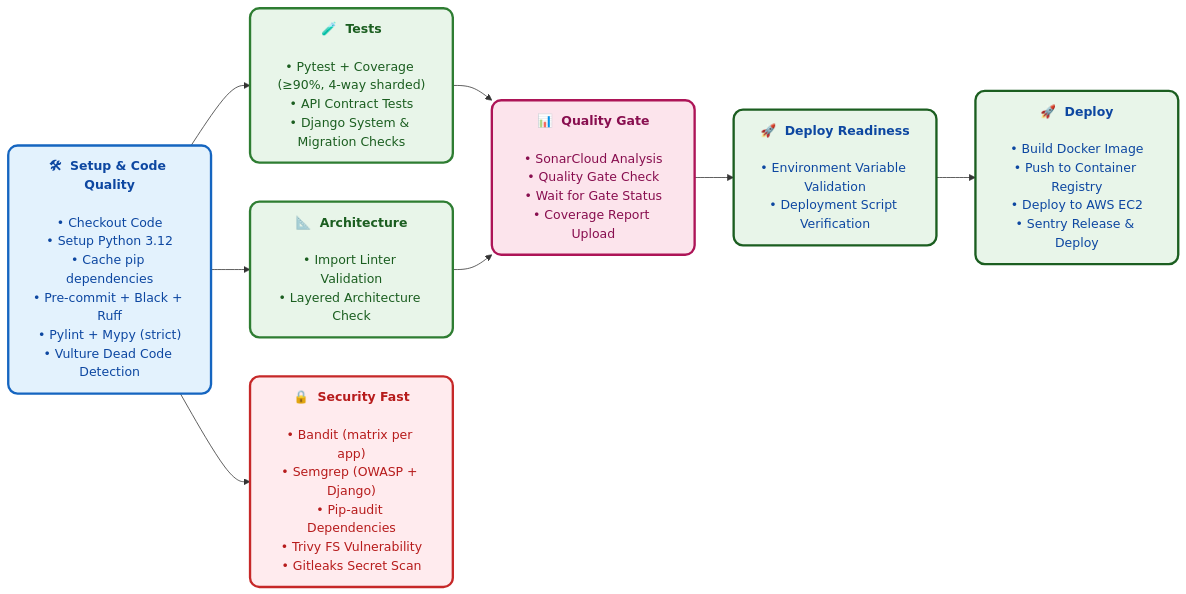
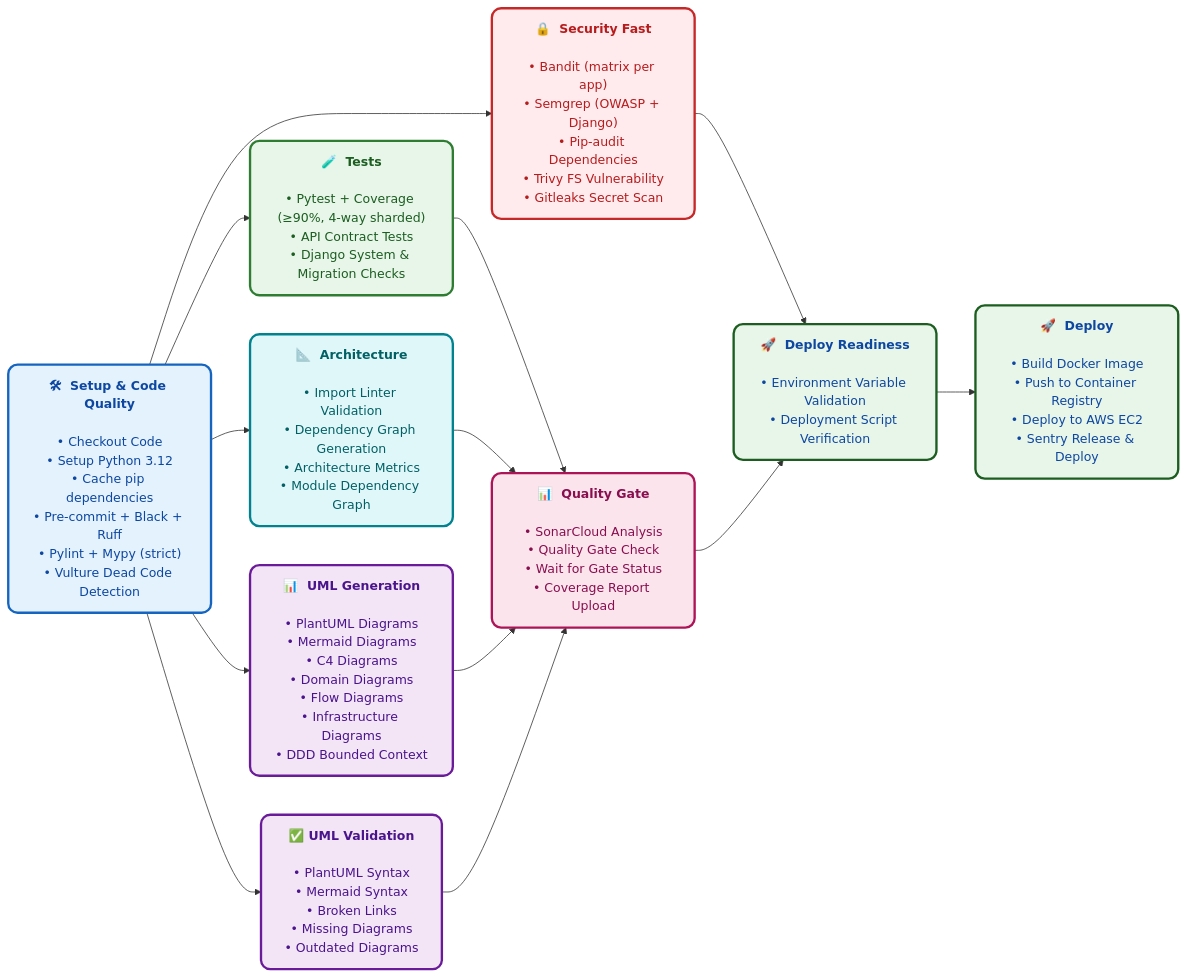
The first of 5 diagrams in docs/ci-cd-pipeline.md (sbairagi/RentSecureBE), drawn with Mermaid before and after one commit. The commit also changed other lines of this file and 63 other files, not shown here.

Commit message:
Feat: add UML diagram in CI pipe line

````diff
--- a/docs/ci-cd-pipeline.md
+++ b/docs/ci-cd-pipeline.md
@@ -11,43 +11,54 @@
 ```mermaid
 flowchart LR
     %% ─── Node Definitions ──────────────────────────────────────────────────────
 
     S1["<b>🛠  Setup & Code Quality</b><br/><br/>• Checkout Code<br/>• Setup Python 3.12<br/>• Cache pip dependencies<br/>• Pre-commit + Black + Ruff<br/>• Pylint + Mypy (strict)<br/>• Vulture Dead Code Detection"]
 
     S2["<b>🧪  Tests</b><br/><br/>• Pytest + Coverage (≥90%, 4-way sharded)<br/>• API Contract Tests<br/>• Django System & Migration Checks"]
 
-    S3["<b>📐  Architecture</b><br/><br/>• Import Linter Validation<br/>• Layered Architecture Check"]
+    S3["<b>📐  Architecture</b><br/><br/>• Import Linter Validation<br/>• Dependency Graph Generation<br/>• Architecture Metrics<br/>• Module Dependency Graph"]
 
-    S4["<b>🔒  Security Fast</b><br/><br/>• Bandit (matrix per app)<br/>• Semgrep (OWASP + Django)<br/>• Pip-audit Dependencies<br/>• Trivy FS Vulnerability<br/>• Gitleaks Secret Scan"]
+    S4["<b>📊  UML Generation</b><br/><br/>• PlantUML Diagrams<br/>• Mermaid Diagrams<br/>• C4 Diagrams<br/>• Domain Diagrams<br/>• Flow Diagrams<br/>• Infrastructure Diagrams<br/>• DDD Bounded Context"]
 
-    S5["<b>📊  Quality Gate</b><br/><br/>• SonarCloud Analysis<br/>• Quality Gate Check<br/>• Wait for Gate Status<br/>• Coverage Report Upload"]
+    S5["<b>✅  UML Validation</b><br/><br/>• PlantUML Syntax<br/>• Mermaid Syntax<br/>• Broken Links<br/>• Missing Diagrams<br/>• Outdated Diagrams"]
 
-    S6["<b>🚀  Deploy Readiness</b><br/><br/>• Environment Variable Validation<br/>• Deployment Script Verification"]
+    S6["<b>🔒  Security Fast</b><br/><br/>• Bandit (matrix per app)<br/>• Semgrep (OWASP + Django)<br/>• Pip-audit Dependencies<br/>• Trivy FS Vulnerability<br/>• Gitleaks Secret Scan"]
+
+    S7["<b>📊  Quality Gate</b><br/><br/>• SonarCloud Analysis<br/>• Quality Gate Check<br/>• Wait for Gate Status<br/>• Coverage Report Upload"]
+
+    S8["<b>🚀  Deploy Readiness</b><br/><br/>• Environment Variable Validation<br/>• Deployment Script Verification"]
 
     D["<b>🚀  Deploy</b><br/><br/>• Build Docker Image<br/>• Push to Container Registry<br/>• Deploy to AWS EC2<br/>• Sentry Release & Deploy"]
 
     %% ─── Edges ─────────────────────────────────────────────────────────────────
     S1 --> S2
     S1 --> S3
     S1 --> S4
-    S2 --> S5
-    S3 --> S5
-    S5 --> S6
-    S6 --> D
+    S1 --> S5
+    S1 --> S6
+    S2 --> S7
+    S3 --> S7
+    S4 --> S7
+    S5 --> S7
+    S6 --> S8
+    S7 --> S8
+    S8 --> D
 
     %% ─── Styling ───────────────────────────────────────────────────────────────
     classDef setup     fill:#E3F2FD,stroke:#1565C0,stroke-width:3px,color:#0D47A1,rx:12px,ry:12px
-    classDef quality   fill:#FFF3E0,stroke:#E65100,stroke-width:3px,color:#BF360C,rx:12px,ry:12px
     classDef test      fill:#E8F5E9,stroke:#2E7D32,stroke-width:3px,color:#1B5E20,rx:12px,ry:12px
     classDef arch      fill:#E0F7FA,stroke:#00838F,stroke-width:3px,color:#006064,rx:12px,ry:12px
+    classDef uml       fill:#F3E5F5,stroke:#6A1B9A,stroke-width:3px,color:#4A148C,rx:12px,ry:12px
+    classDef validate  fill:#E8F5E9,stroke:#388E3C,stroke-width:3px,color:#1B5E20,rx:12px,ry:12px
     classDef security  fill:#FFEBEE,stroke:#C62828,stroke-width:3px,color:#B71C1C,rx:12px,ry:12px
     classDef gate      fill:#FCE4EC,stroke:#AD1457,stroke-width:3px,color:#880E4F,rx:12px,ry:12px
     classDef deploy    fill:#E8F5E9,stroke:#1B5E20,stroke-width:3px,color:#0D47A1,rx:12px,ry:12px
 
     class S1 setup
-    class S2,S3 test
-    class S4 security
-    class S5 gate
-    class S6 deploy
-    class D deploy
+    class S2 test
+    class S3 arch
+    class S4,S5 uml
+    class S6 security
+    class S7 gate
+    class S8,D deploy
 ```
````
